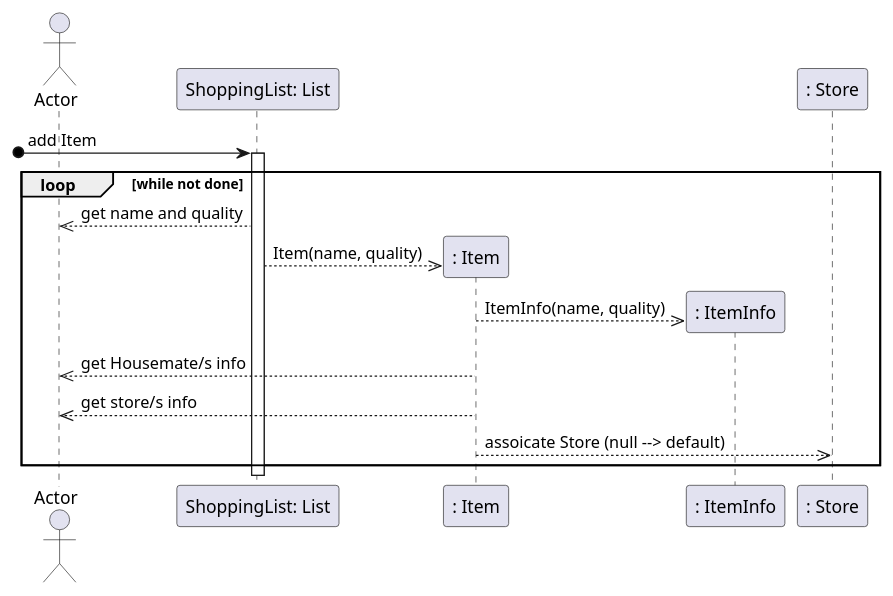
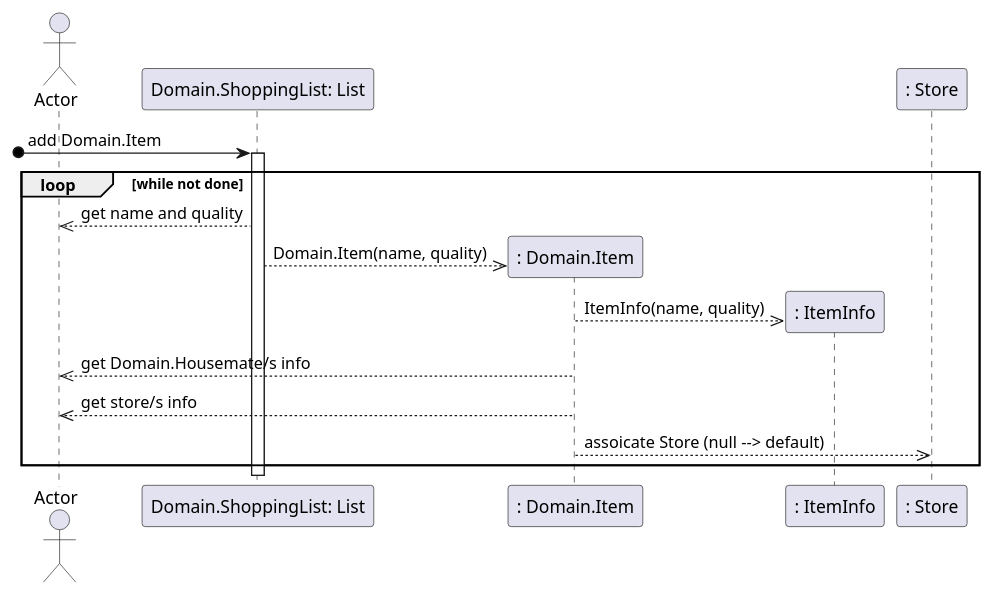
Before and after one commit to willemnielsen/House-App: the second of 4 diagrams in doc/design.md, drawn with PlantUML. The commit also changed other lines of this file and 15 other files, not shown here.

````diff
--- a/doc/design.md
+++ b/doc/design.md
@@ -59,28 +59,28 @@
 ```plantuml
 
 @startuml
 actor Actor as Actor
-participant "ShoppingList: List" as shoppingList
-participant ": Item" as item
+participant "Domain.ShoppingList: List" as shoppingList
+participant ": Domain.Item" as item
 participant ": ItemInfo" as itemInfo
 participant ": Store" as store
 
 
-[o-> shoppingList : add Item
+[o-> shoppingList : add Domain.Item
 activate shoppingList
 
 loop while not done
     shoppingList -->> Actor  : get name and quality
-    shoppingList -->> item **: Item(name, quality)
+    shoppingList -->> item **: Domain.Item(name, quality)
     item -->> itemInfo **: ItemInfo(name, quality)
-    item -->> Actor : get Housemate/s info
+    item -->> Actor : get Domain.Housemate/s info
     item -->> Actor : get store/s info
     item -->> store : assoicate Store (null --> default)
 
 end
 
 activate shoppingList
 
 
 @enduml
 ```
````
